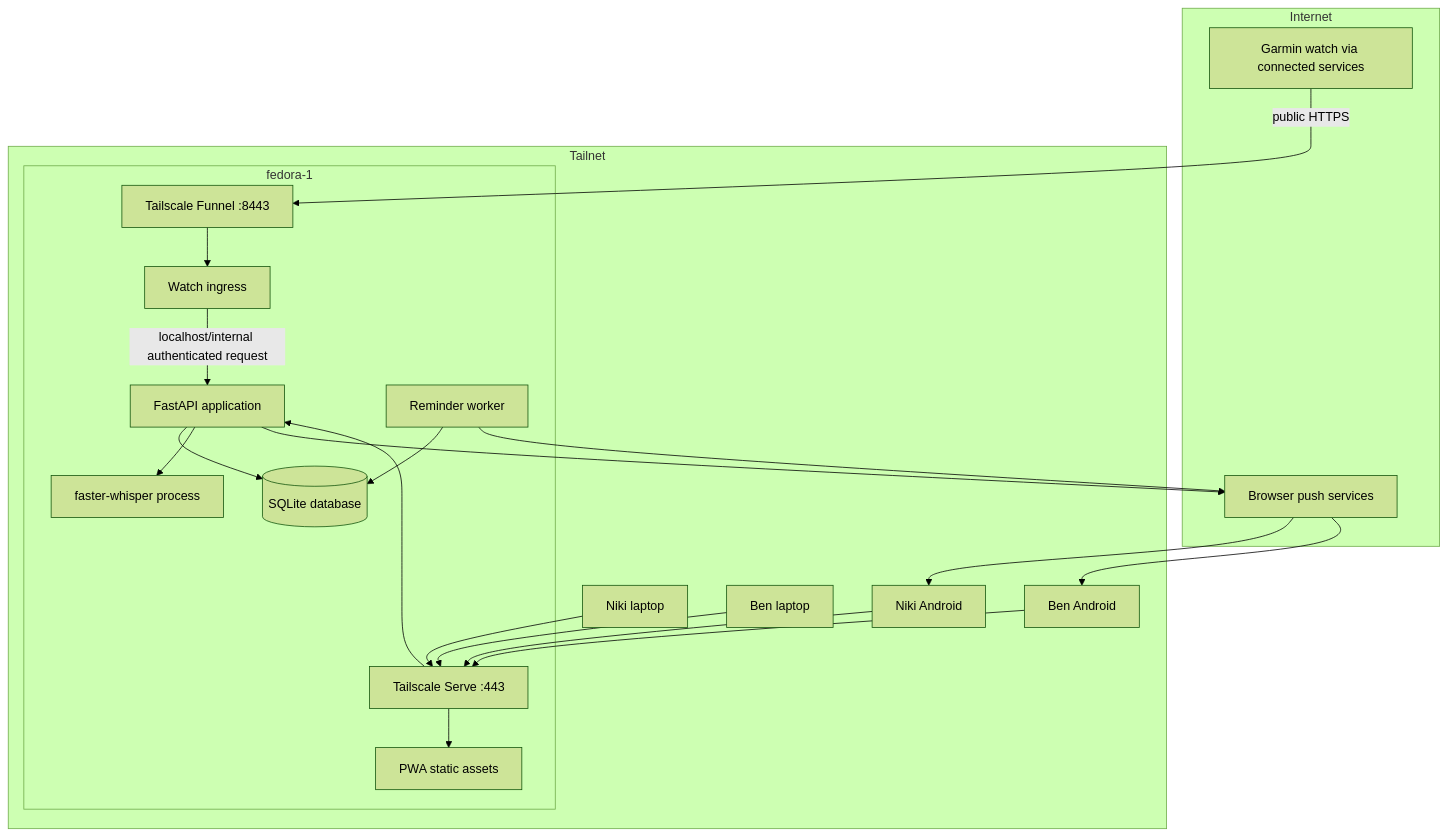
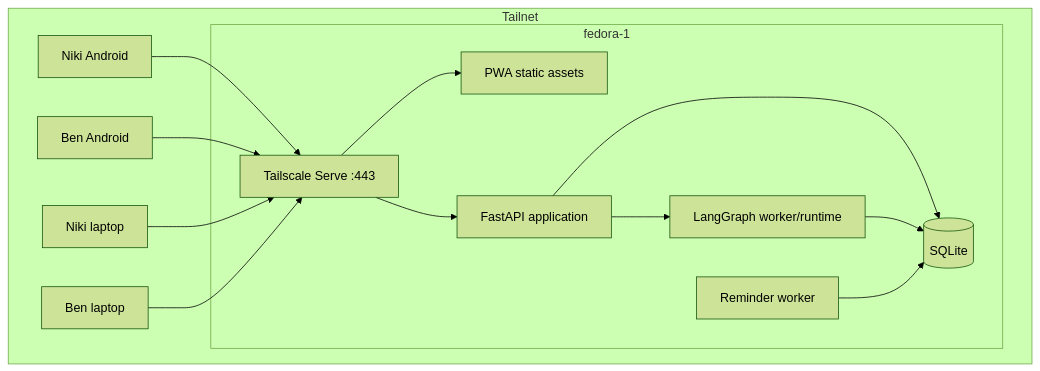
The second of 7 diagrams in docs/architecture.md (nikicrow/garmin-notes-lists-and-reminders), drawn with Mermaid (forest theme) before and after one commit. The commit also changed other lines of this file and 2 other files, not shown here.

Commit message:
docs: redesign capture around Gemini and LangGraph

````diff
--- a/docs/architecture.md
+++ b/docs/architecture.md
@@ -53,43 +96,28 @@
 ```mermaid
 flowchart TB
-    subgraph Internet
-        GARMIN[Garmin watch via connected services]
-        PUSH[Browser push services]
-    end
-
     subgraph Tailnet
         subgraph FEDORA1[fedora-1]
             SERVE[Tailscale Serve :443]
-            FUNNEL[Tailscale Funnel :8443]
             WEB[PWA static assets]
             API[FastAPI application]
-            INGRESS[Watch ingress]
-            WORKER[Reminder worker]
-            TRANSCRIBE[faster-whisper process]
-            DB[(SQLite database)]
+            AGENT[LangGraph worker/runtime]
+            REMINDER[Reminder worker]
+            DB[(SQLite)]
         end
-        ANDROID1[Niki Android]
-        ANDROID2[Ben Android]
+        PHONE1[Niki Android]
+        PHONE2[Ben Android]
         LAPTOP1[Niki laptop]
         LAPTOP2[Ben laptop]
     end
 
-    GARMIN -->|public HTTPS| FUNNEL
-    FUNNEL --> INGRESS
-    INGRESS -->|localhost/internal authenticated request| API
-
-    ANDROID1 --> SERVE
-    ANDROID2 --> SERVE
+    PHONE1 --> SERVE
+    PHONE2 --> SERVE
     LAPTOP1 --> SERVE
     LAPTOP2 --> SERVE
     SERVE --> WEB
     SERVE --> API
-
+    API --> AGENT
     API --> DB
-    API --> TRANSCRIBE
-    WORKER --> DB
-    API --> PUSH
-    WORKER --> PUSH
-    PUSH --> ANDROID1
-    PUSH --> ANDROID2
+    AGENT --> DB
+    REMINDER --> DB
 ```
````
